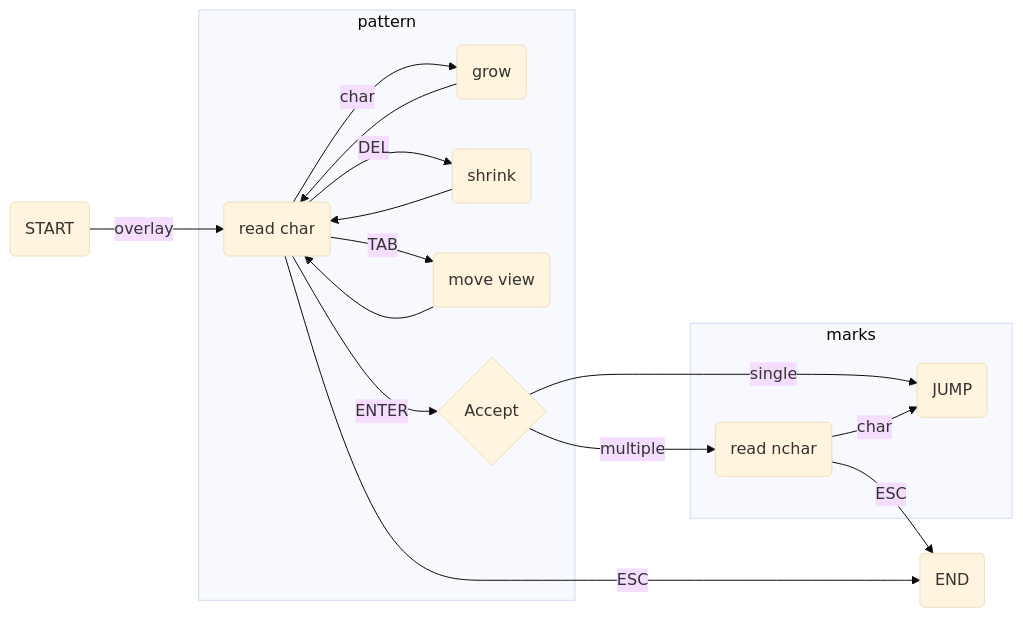
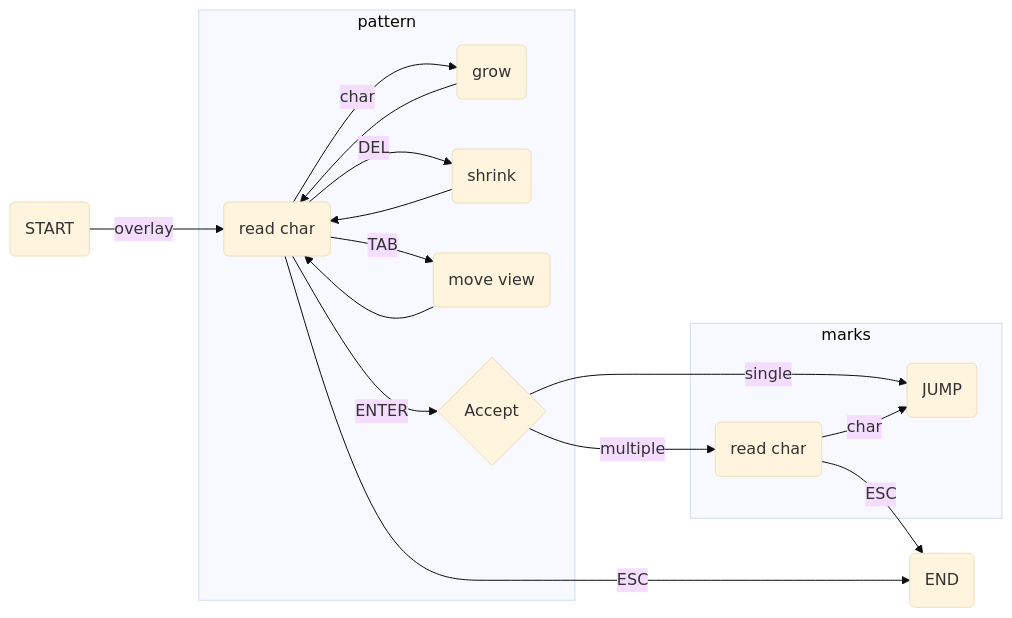
The diagram in README.md (lfrati/onesearch.nvim), drawn with Mermaid (base theme) before and after one commit. The commit also changed other lines of this file, not shown here.

````diff
--- a/README.md
+++ b/README.md
@@ -14,17 +12,17 @@
 ```mermaid
 graph LR
     A(START) -->|overlay| B(read char)
     B -->|ESC| C(END)
     subgraph pattern
         B --> |char| E(grow) --> B
         B --> |DEL| F(shrink) --> B 
         B -->|TAB| G(move view) --> B
         B -->|ENTER| D{Accept}
     end
     subgraph marks
         D --> |single|J
-        D --> |multiple|H(read nchar)
+        D --> |multiple|H(read char)
         H --> |char|J(JUMP)
     end
     H --> |ESC|C
 ```
````
